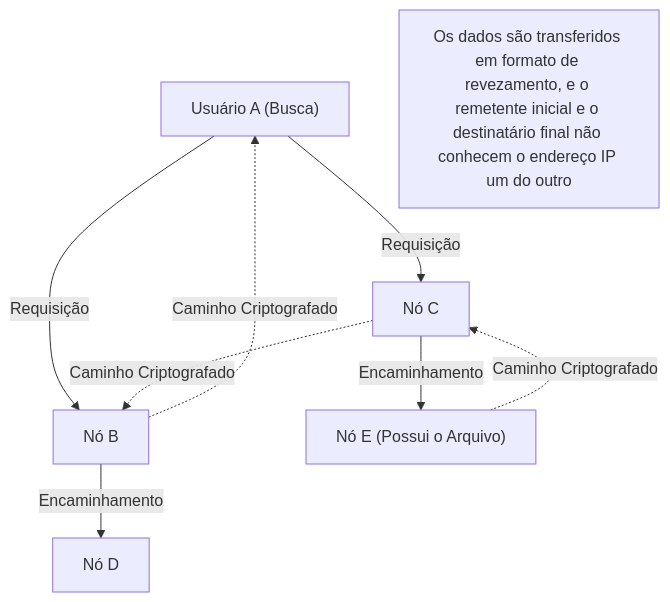
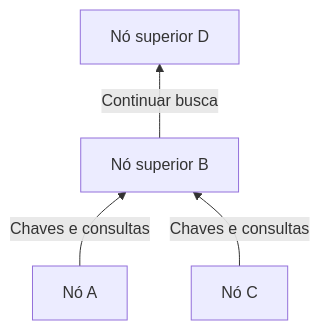
Before and after one commit to kenjinote/blog: the first of 2 diagrams in content/post/history-of-winny/index.pt.md, drawn with Mermaid. The commit also changed other lines of this file and 13 other files, not shown here.

````diff
--- a/content/post/history-of-winny/index.pt.md
+++ b/content/post/history-of-winny/index.pt.md
@@ -52,11 +47,6 @@
 ```mermaid
-graph TD
-    NodeA["Usuário A (Busca)"] -->|"Requisição"| NodeB["Nó B"]
-    NodeA -->|"Requisição"| NodeC["Nó C"]
-    NodeB -->|"Encaminhamento"| NodeD["Nó D"]
-    NodeC -->|"Encaminhamento"| NodeE["Nó E (Possui o Arquivo)"]
-    NodeE -.->|"Caminho Criptografado"| NodeC
-    NodeC -.->|"Caminho Criptografado"| NodeB
-    NodeB -.->|"Caminho Criptografado"| NodeA
-    Note["Os dados são transferidos em formato de revezamento, e o remetente inicial e o destinatário final não conhecem o endereço IP um do outro"]
+flowchart BT
+    A["Nó A"] -->|"Chaves e consultas"| B["Nó superior B"]
+    C["Nó C"] -->|"Chaves e consultas"| B
+    B -->|"Continuar busca"| D["Nó superior D"]
 ```
````
